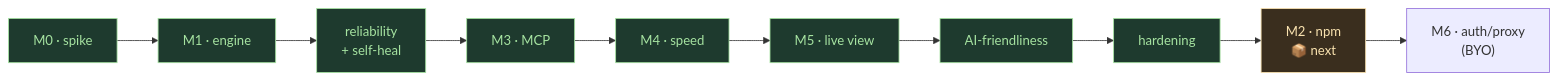
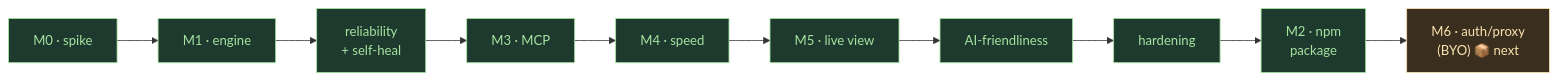
The fourth of 4 diagrams in README.md (HaidarESBER/ai-browser), drawn with Mermaid before and after one commit. The commit also changed other lines of this file and 10 other files, not shown here.

First line of the commit message:
M2: package as ecobrowser on npm

````diff
--- a/README.md
+++ b/README.md
@@ -312,9 +321,9 @@
 ```mermaid
 flowchart LR
-    M0["M0 · spike"] --> M1["M1 · engine"] --> REL["reliability<br/>+ self-heal"] --> M3["M3 · MCP"] --> M4["M4 · speed"] --> M5["M5 · live view"] --> AIF["AI-friendliness"] --> HARD["hardening"] --> M2["M2 · npm<br/>📦 next"] --> M6["M6 · auth/proxy<br/>(BYO)"]
+    M0["M0 · spike"] --> M1["M1 · engine"] --> REL["reliability<br/>+ self-heal"] --> M3["M3 · MCP"] --> M4["M4 · speed"] --> M5["M5 · live view"] --> AIF["AI-friendliness"] --> HARD["hardening"] --> M2["M2 · npm<br/>package"] --> M6["M6 · auth/proxy<br/>(BYO) 📦 next"]
 
     classDef done fill:#1e3a2e,stroke:#a6e3a1,color:#a6e3a1;
     classDef next fill:#3a2e1e,stroke:#f9e2af,color:#f9e2af;
-    class M0,M1,REL,M3,M4,M5,AIF,HARD done;
-    class M2 next;
+    class M0,M1,REL,M3,M4,M5,AIF,HARD,M2 done;
+    class M6 next;
 ```
````
